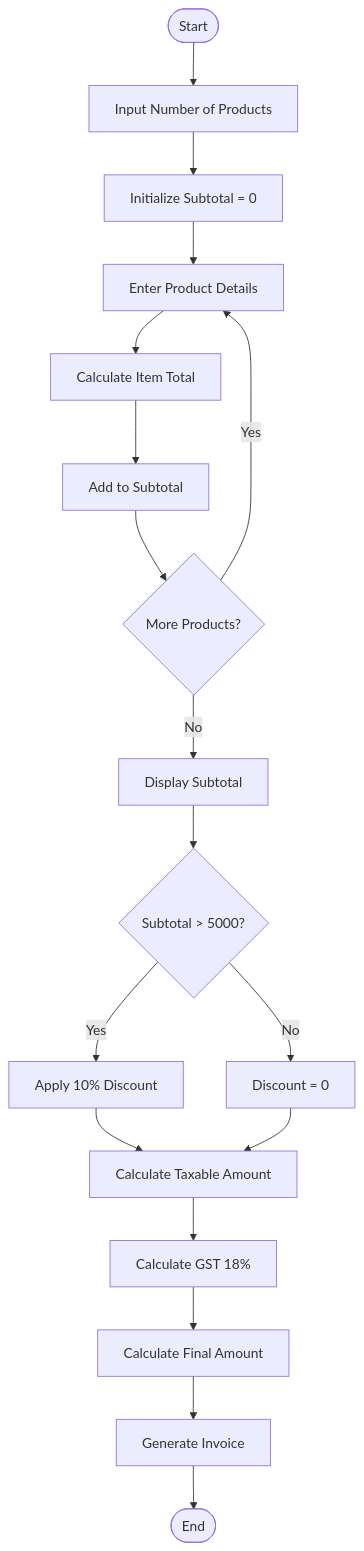
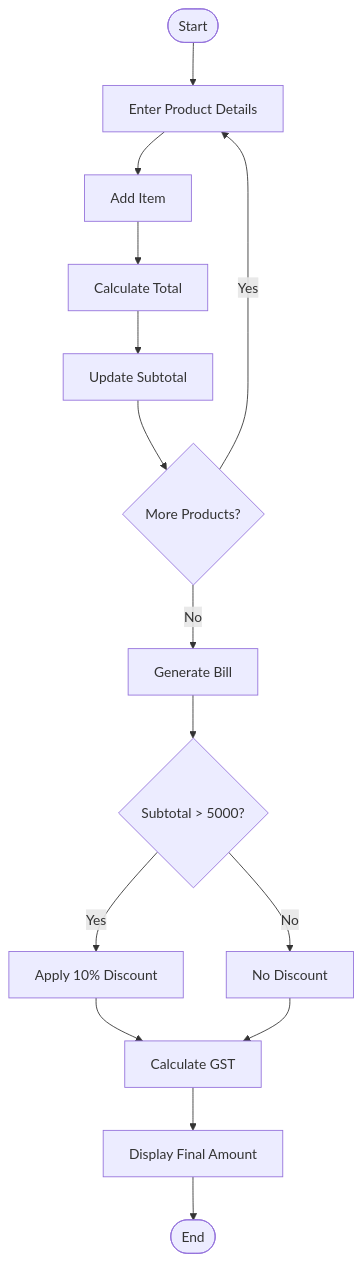
One commit to bhupendrasai1818/Python changed the diagram in Projects/Unit 1/miniproject 4/retail_billing_system.md. Above: the diagram before and after it, drawn with Mermaid. The commit also changed other lines of this file and 2 other files, not shown here.

````diff
--- a/Projects/Unit 1/miniproject 4/retail_billing_system.md
+++ b/Projects/Unit 1/miniproject 4/retail_billing_system.md
@@ -22,20 +42,17 @@
 ```mermaid
 flowchart TD
-    A([Start]) --> B[Input Number of Products]
-    B --> C[Initialize Subtotal = 0]
-    C --> D[Enter Product Details]
-    D --> E[Calculate Item Total]
-    E --> F[Add to Subtotal]
-    F --> G{More Products?}
-    G -->|Yes| D
-    G -->|No| H[Display Subtotal]
-    H --> I{Subtotal > 5000?}
-    I -->|Yes| J[Apply 10% Discount]
-    I -->|No| K[Discount = 0]
-    J --> L[Calculate Taxable Amount]
-    K --> L
-    L --> M[Calculate GST 18%]
-    M --> N[Calculate Final Amount]
-    N --> O[Generate Invoice]
-    O --> P([End])
+    A([Start]) --> B[Enter Product Details]
+    B --> C[Add Item]
+    C --> D[Calculate Total]
+    D --> E[Update Subtotal]
+    E --> F{More Products?}
+    F -->|Yes| B
+    F -->|No| G[Generate Bill]
+    G --> H{Subtotal > 5000?}
+    H -->|Yes| I[Apply 10% Discount]
+    H -->|No| J[No Discount]
+    I --> K[Calculate GST]
+    J --> K
+    K --> L[Display Final Amount]
+    L --> M([End])
 ```
````
